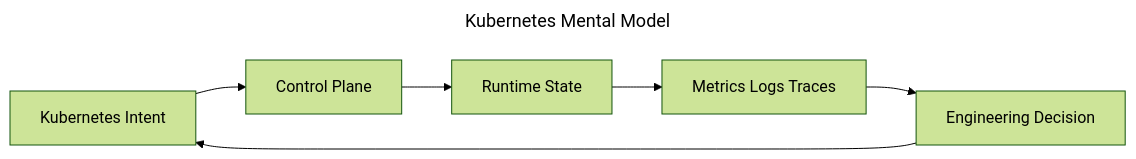
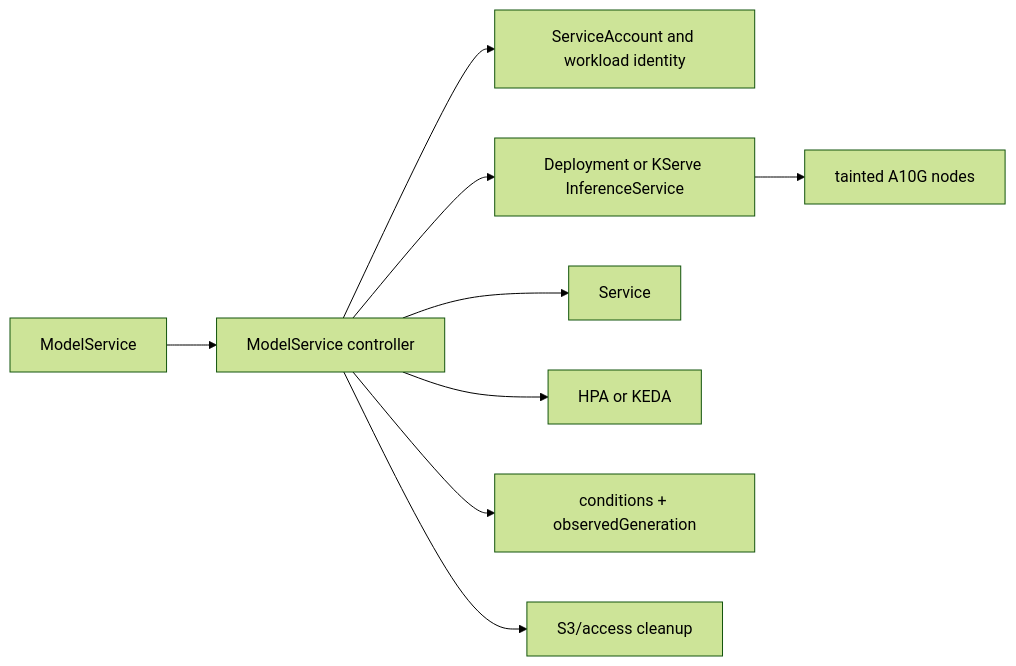
One commit to m1mohamad/devops-sre-prep changed the fourth of 5 diagrams in docs/chapters/kubernetes.md. Above: the diagram before and after it, drawn with Mermaid (forest theme). The commit also changed other lines of this file and 100 other files, not shown here.

````diff
--- a/docs/chapters/kubernetes.md
+++ b/docs/chapters/kubernetes.md
@@ -10,11 +128,11 @@
 ```mermaid
----
-title: Kubernetes Mental Model
----
 flowchart LR
-  Intent[Kubernetes Intent] --> Control[Control Plane]
-  Control --> Runtime[Runtime State]
-  Runtime --> Signals[Metrics Logs Traces]
-  Signals --> Decision[Engineering Decision]
-  Decision --> Intent
+  MS[ModelService] --> Controller[ModelService controller]
+  Controller --> Identity[ServiceAccount and workload identity]
+  Controller --> Serving[Deployment or KServe InferenceService]
+  Controller --> Service
+  Controller --> Scale[HPA or KEDA]
+  Serving --> GPU[tainted A10G nodes]
+  Controller --> Status[conditions + observedGeneration]
+  Controller --> Finalizer[S3/access cleanup]
 ```
````
